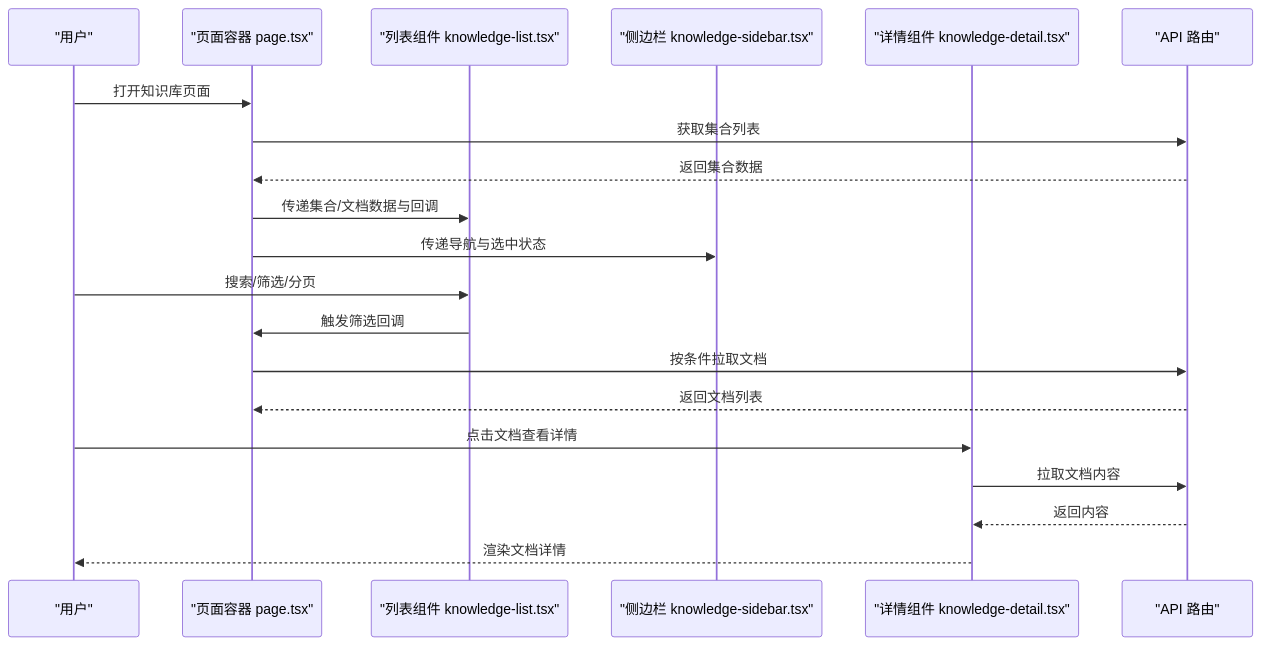
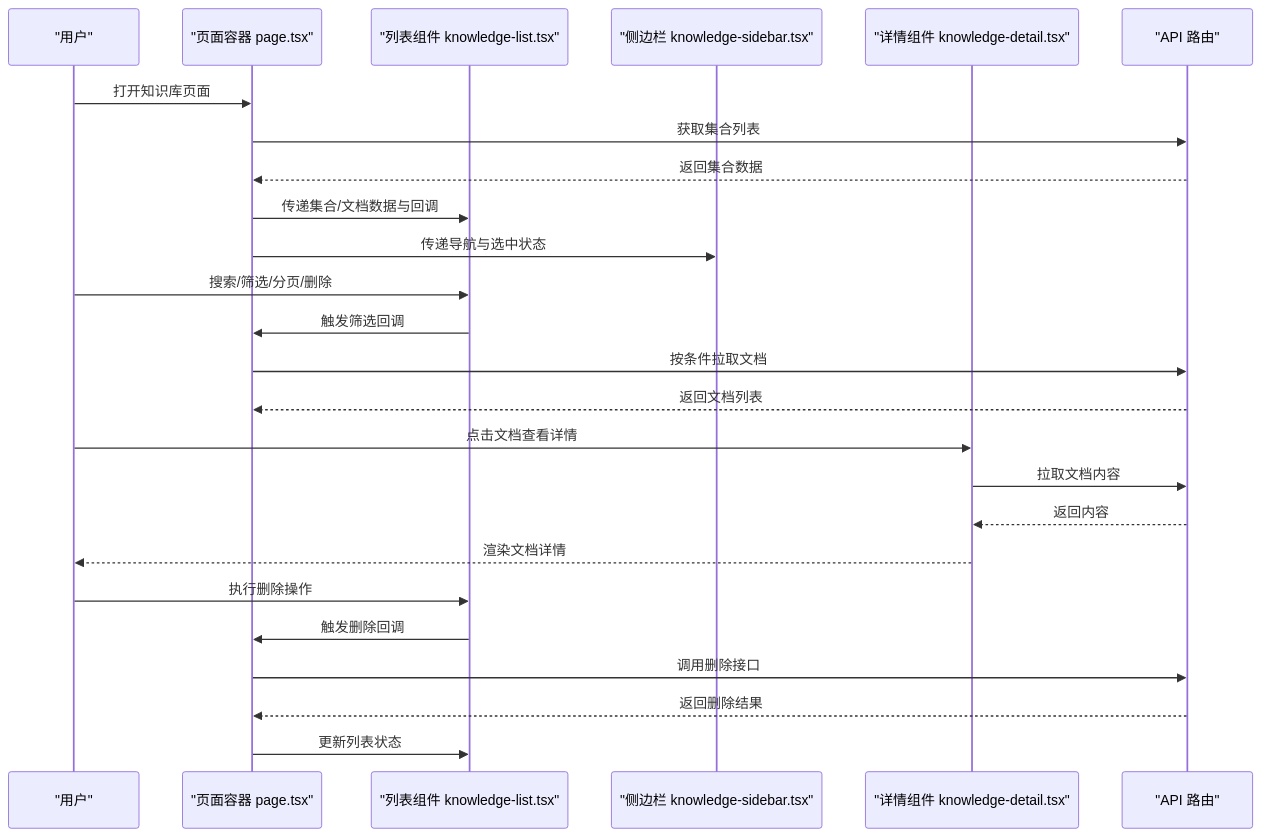
One commit to wangzihao64/RAG_Front changed the second of 4 diagrams in .qoder/repowiki/zh/content/知识库管理/知识库主页面.md. Above: the diagram before and after it, drawn with Mermaid. The commit also changed other lines of this file and 29 other files, not shown here.

````diff
--- a/.qoder/repowiki/zh/content/知识库管理/知识库主页面.md
+++ b/.qoder/repowiki/zh/content/知识库管理/知识库主页面.md
@@ -99,22 +109,27 @@
 ```mermaid
 sequenceDiagram
 participant U as "用户"
 participant P as "页面容器 page.tsx"
 participant L as "列表组件 knowledge-list.tsx"
 participant S as "侧边栏 knowledge-sidebar.tsx"
 participant D as "详情组件 knowledge-detail.tsx"
 participant API as "API 路由"
 U->>P : 打开知识库页面
 P->>API : 获取集合列表
 API-->>P : 返回集合数据
 P->>L : 传递集合/文档数据与回调
 P->>S : 传递导航与选中状态
-U->>L : 搜索/筛选/分页
+U->>L : 搜索/筛选/分页/删除
 L->>P : 触发筛选回调
 P->>API : 按条件拉取文档
 API-->>P : 返回文档列表
 U->>D : 点击文档查看详情
 D->>API : 拉取文档内容
 API-->>D : 返回内容
 D-->>U : 渲染文档详情
+U->>L : 执行删除操作
+L->>P : 触发删除回调
+P->>API : 调用删除接口
+API-->>P : 返回删除结果
+P->>L : 更新列表状态
 ```
````
